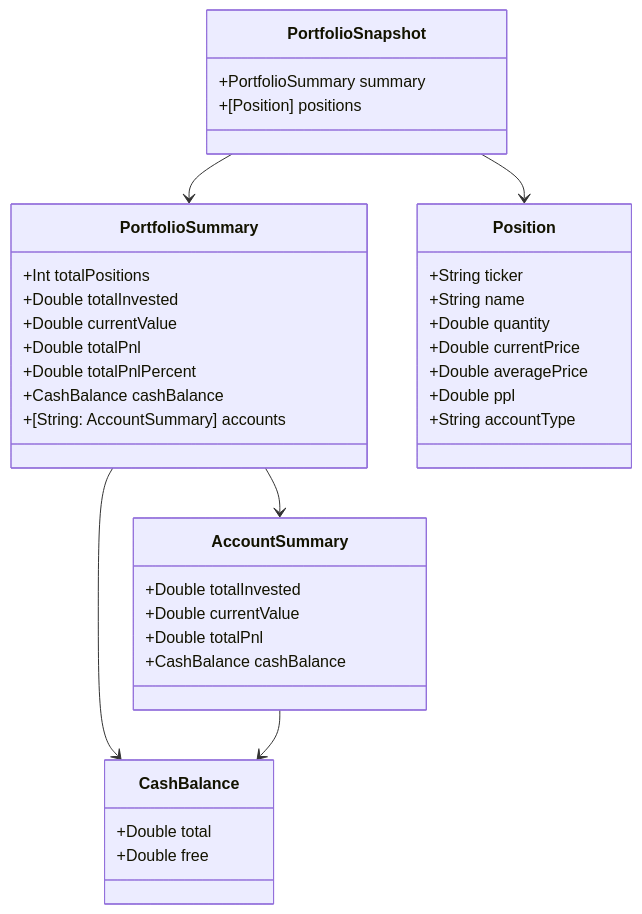
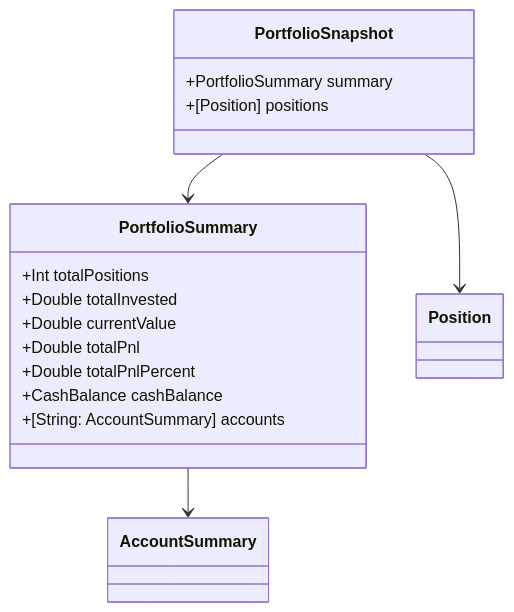
Before and after one commit to sank29mane/growin-app: the sixth of 11 diagrams in ARCHITECTURE.md, drawn with Mermaid. The commit also changed other lines of this file and 44 other files, not shown here.

Commit message:
refactor(api): implement pydantic schemas and enforce GBP normalization

````diff
--- a/ARCHITECTURE.md
+++ b/ARCHITECTURE.md
@@ -516,45 +288,21 @@
 ```mermaid
 classDiagram
     class PortfolioSnapshot {
         +PortfolioSummary summary
         +[Position] positions
     }
 
     class PortfolioSummary {
         +Int totalPositions
         +Double totalInvested
         +Double currentValue
         +Double totalPnl
         +Double totalPnlPercent
         +CashBalance cashBalance
         +[String: AccountSummary] accounts
     }
 
-    class AccountSummary {
-        +Double totalInvested
-        +Double currentValue
-        +Double totalPnl
-        +CashBalance cashBalance
-    }
-
-    class Position {
-        +String ticker
-        +String name
-        +Double quantity
-        +Double currentPrice
-        +Double averagePrice
-        +Double ppl
-        +String accountType
-    }
-
-    class CashBalance {
-        +Double total
-        +Double free
-    }
-
     PortfolioSnapshot --> PortfolioSummary
     PortfolioSummary --> AccountSummary
     PortfolioSnapshot --> Position
-    PortfolioSummary --> CashBalance
-    AccountSummary --> CashBalance
 ```
````
